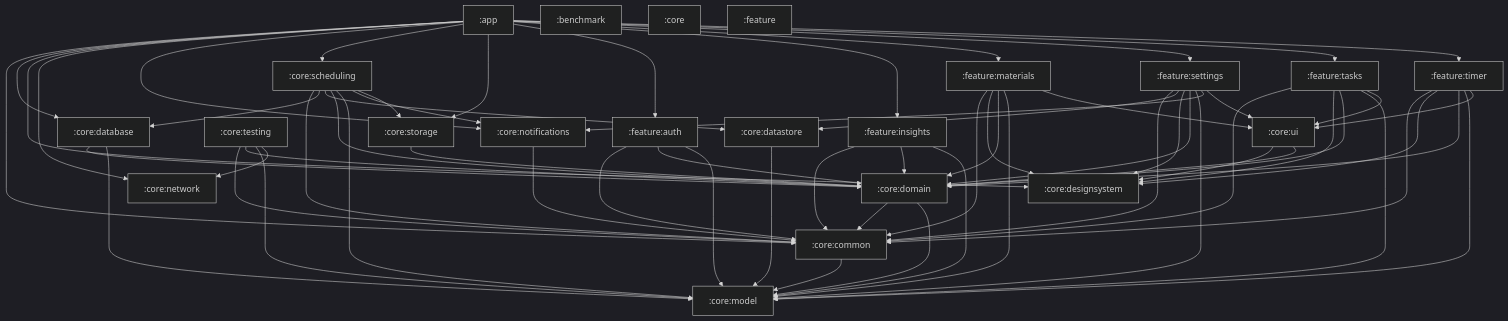
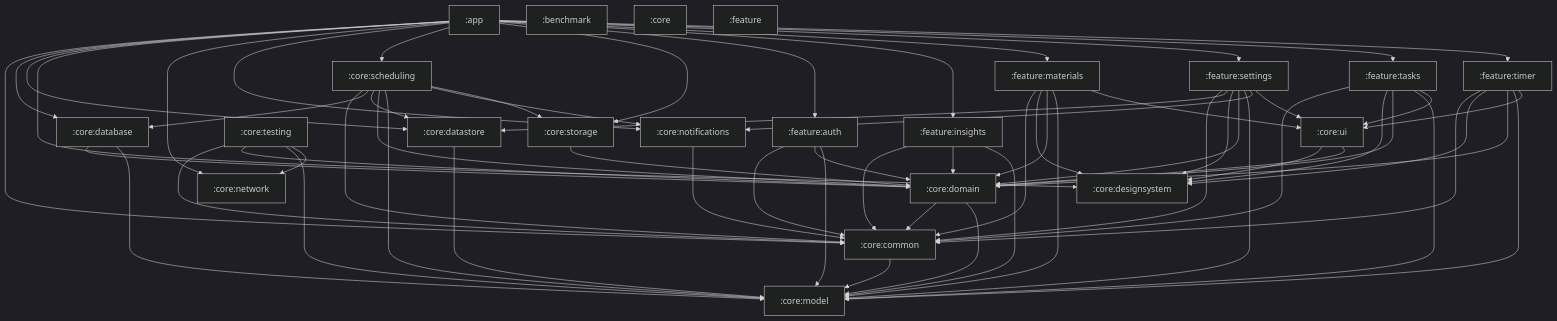
One commit to konarsubhojit/study-app changed the diagram in docs/module-graph.md. Above: the diagram before and after it, drawn with Mermaid (dark theme). The commit also changed 15 other files, not shown here.

```diff
--- a/docs/module-graph.md
+++ b/docs/module-graph.md
@@ -31,6 +31,7 @@
     feature_timer[":feature:timer"]
     app --> core_common
     app --> core_database
+    app --> core_datastore
     app --> core_designsystem
     app --> core_network
     app --> core_notifications
```
